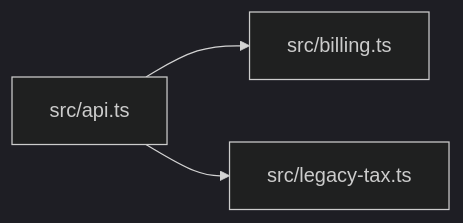
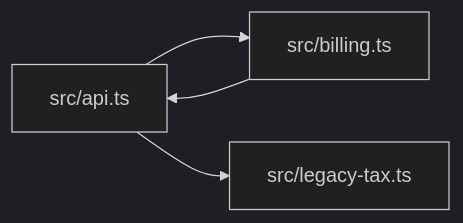
The first of 2 diagrams in tests/fixtures/module-documentacao/defective/README.md (TavaresEnok/Agent-control), drawn with Mermaid (dark theme) before and after one commit. The commit also changed 18 other files, not shown here.

````diff
--- a/tests/fixtures/module-documentacao/defective/README.md
+++ b/tests/fixtures/module-documentacao/defective/README.md
@@ -12,5 +12,5 @@
 ```mermaid
 flowchart LR
   A["src/api.ts"] --> B["src/billing.ts"]
-  A["src/api.ts"] --> C["src/legacy-tax.ts"]
+  B["src/billing.ts"] --> A["src/api.ts"]; A --> C["src/legacy-tax.ts"]
 ```
````
